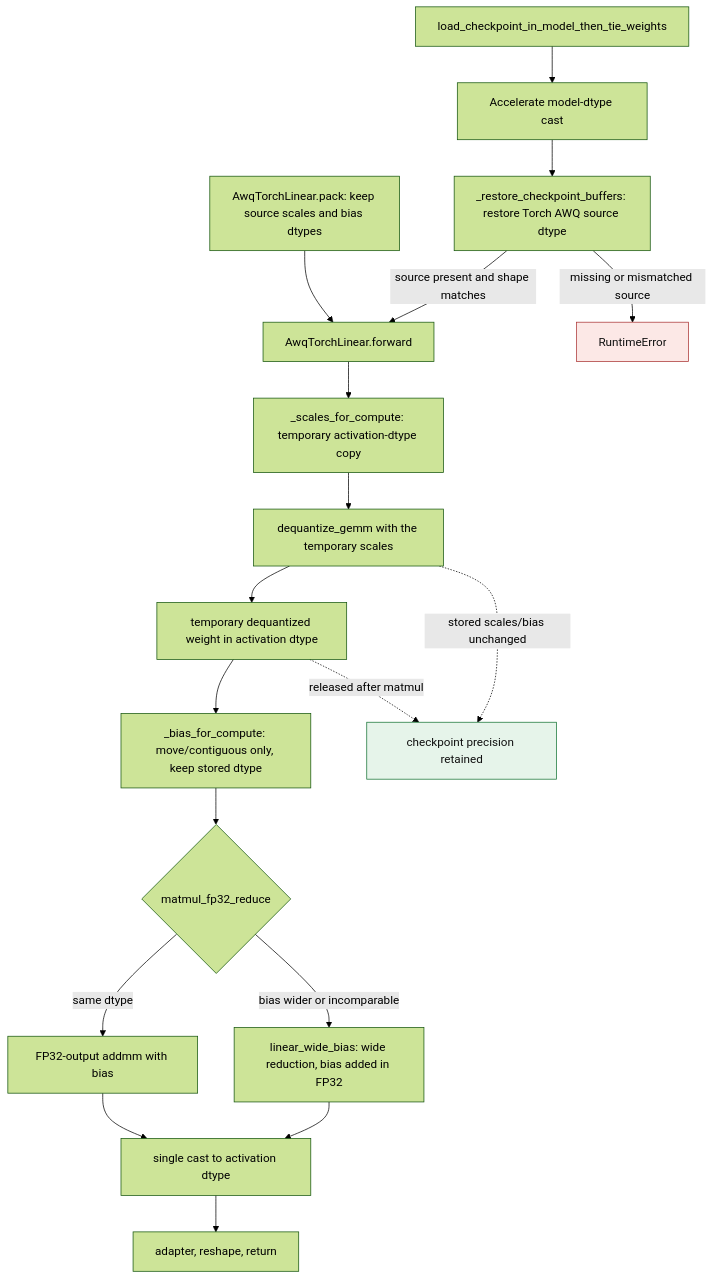
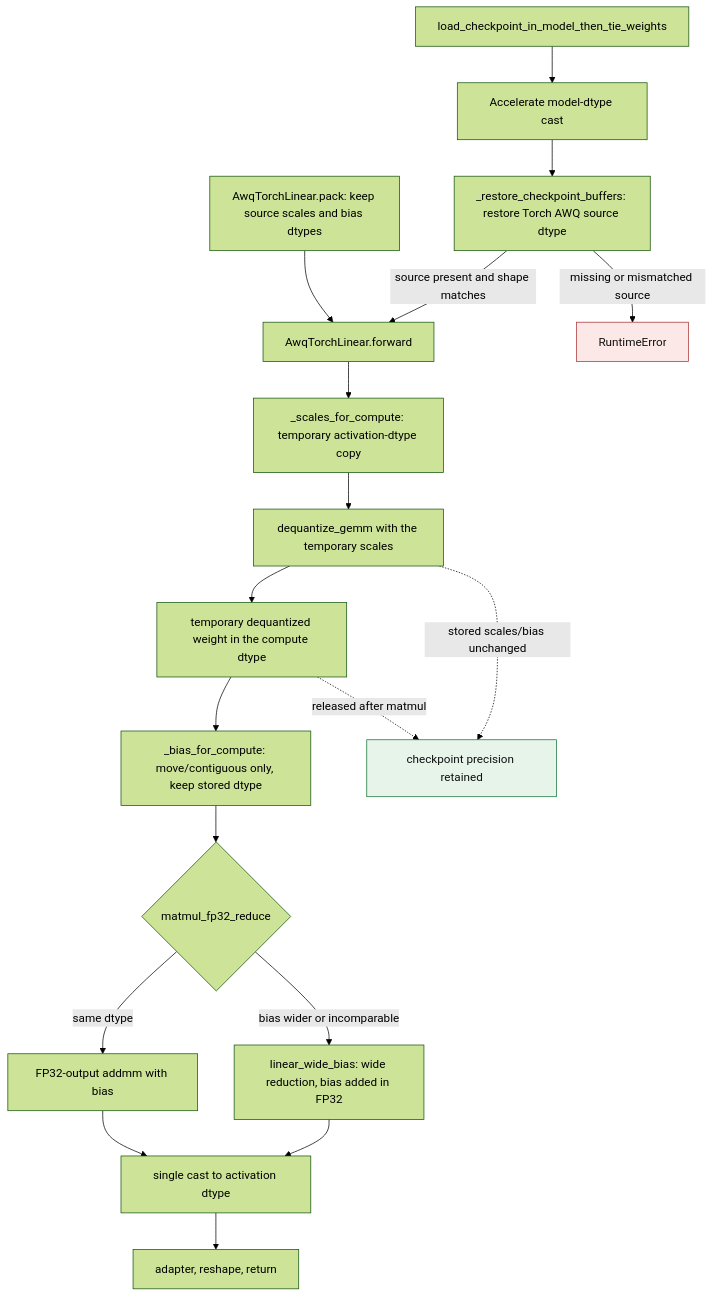
One commit to ModelCloud/GPTQModel changed the diagram in docs/awq-runtime-dtype-precision.md. Above: the diagram before and after it, drawn with Mermaid (forest theme). The commit also changed other lines of this file and 2 other files, not shown here.

````diff
--- a/docs/awq-runtime-dtype-precision.md
+++ b/docs/awq-runtime-dtype-precision.md
@@ -25,24 +25,24 @@
 ```mermaid
 flowchart TD
     L["load_checkpoint_in_model_then_tie_weights"] --> M["Accelerate model-dtype cast"]
     M --> N["_restore_checkpoint_buffers: restore Torch AWQ source dtype"]
     N -- "source present and shape matches" --> A["AwqTorchLinear.forward"]
     N -- "missing or mismatched source" --> X["RuntimeError"]
     P["AwqTorchLinear.pack: keep source scales and bias dtypes"] --> A
     A --> B["_scales_for_compute: temporary activation-dtype copy"]
     B --> C["dequantize_gemm with the temporary scales"]
-    C --> D["temporary dequantized weight in activation dtype"]
+    C --> D["temporary dequantized weight in the compute dtype"]
     D --> E["_bias_for_compute: move/contiguous only, keep stored dtype"]
     E --> F{"matmul_fp32_reduce"}
     F -- "bias wider or incomparable" --> G["linear_wide_bias: wide reduction, bias added in FP32"]
     F -- "same dtype" --> H["FP32-output addmm with bias"]
     G --> I["single cast to activation dtype"]
     H --> I
     I --> J["adapter, reshape, return"]
     C -. "stored scales/bias unchanged" .-> K["checkpoint precision retained"]
     D -. "released after matmul" .-> K
     classDef failure fill:#fce8e6,stroke:#a33,color:#111
     classDef stored fill:#e6f4ea,stroke:#137333,color:#111
     class X failure
     class K stored
 ```
````
